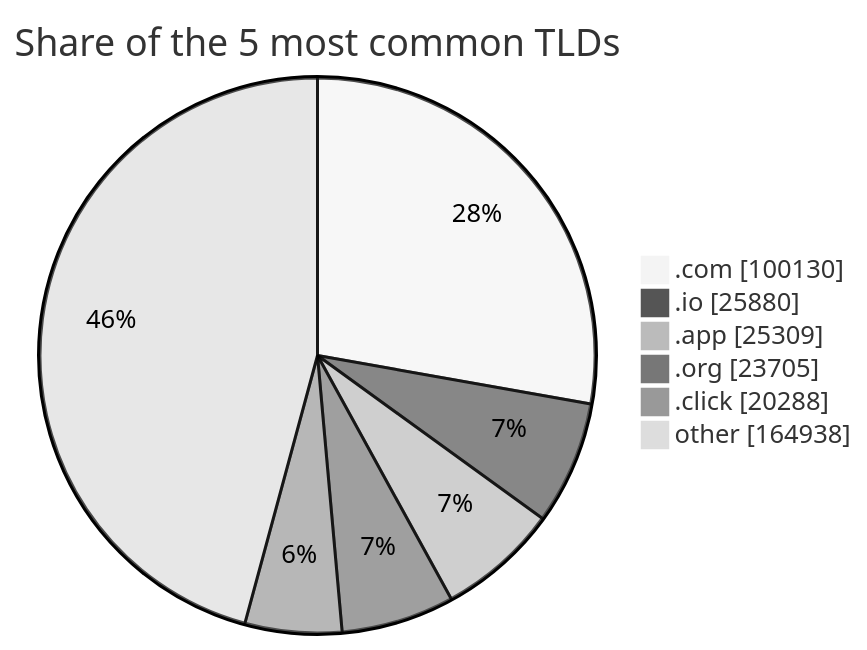
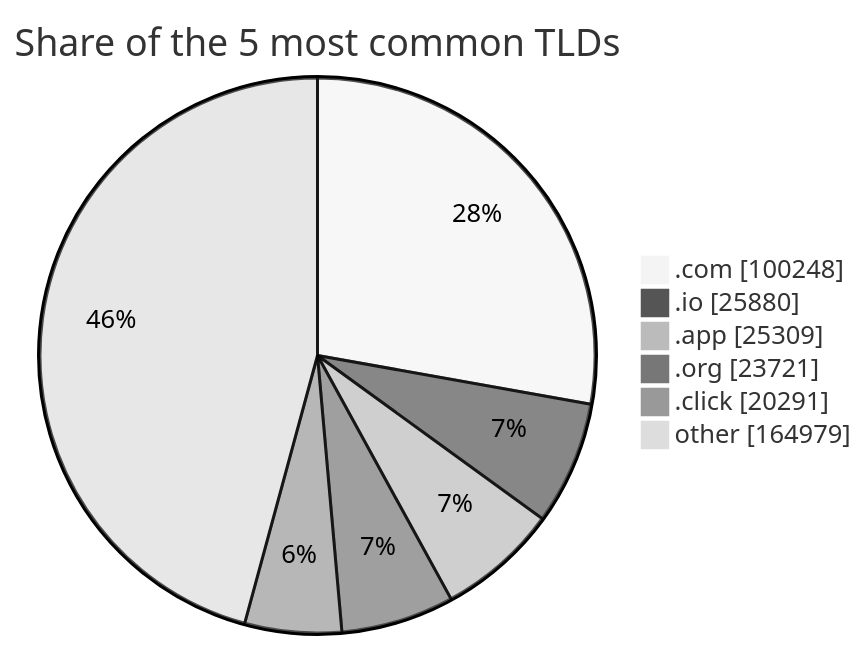
One commit to DNSBunker/CTI changed the third of 3 diagrams in README.md. Above: the diagram before and after it, drawn with Mermaid (neutral theme). The commit also changed other lines of this file and 3 other files, not shown here.

````diff
--- a/README.md
+++ b/README.md
@@ -81,9 +81,9 @@
 ```mermaid
 pie showData title Share of the 5 most common TLDs
-    ".com" : 100130
+    ".com" : 100248
     ".io" : 25880
     ".app" : 25309
-    ".org" : 23705
-    ".click" : 20288
-    "other" : 164938
+    ".org" : 23721
+    ".click" : 20291
+    "other" : 164979
 ```
````
